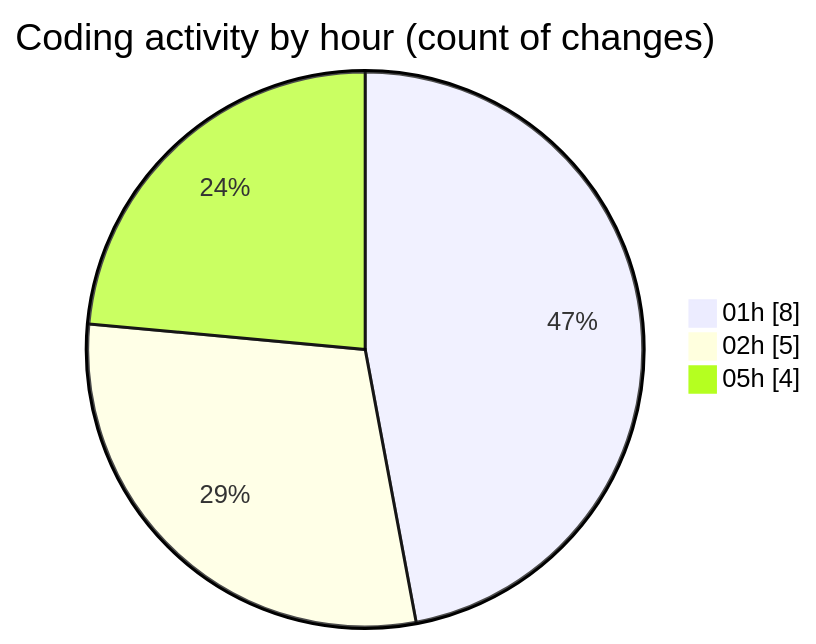
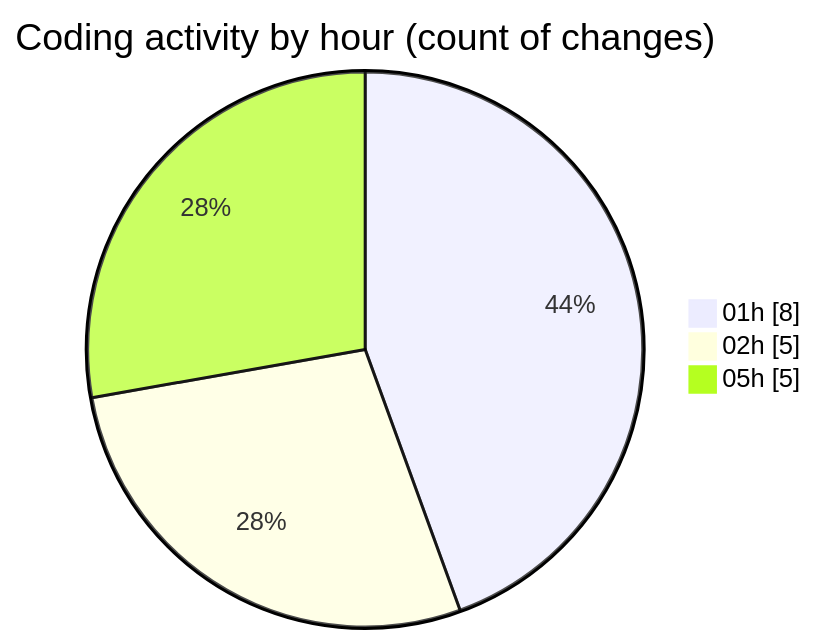
One commit to julien-gomy/code-tracking changed the second of 2 diagrams in 2025-11-21/eventscop-api-guide__workspace_/README.md. Above: the diagram before and after it, drawn with Mermaid. The commit also changed other lines of this file and 1 other file, not shown here.

````diff
--- a/2025-11-21/eventscop-api-guide__workspace_/README.md
+++ b/2025-11-21/eventscop-api-guide__workspace_/README.md
@@ -36,7 +37,7 @@
 ```mermaid
 pie showData
 title Coding activity by hour (count of changes)
 "01h" : 8
 "02h" : 5
-"05h" : 4
+"05h" : 5
 ```
````
